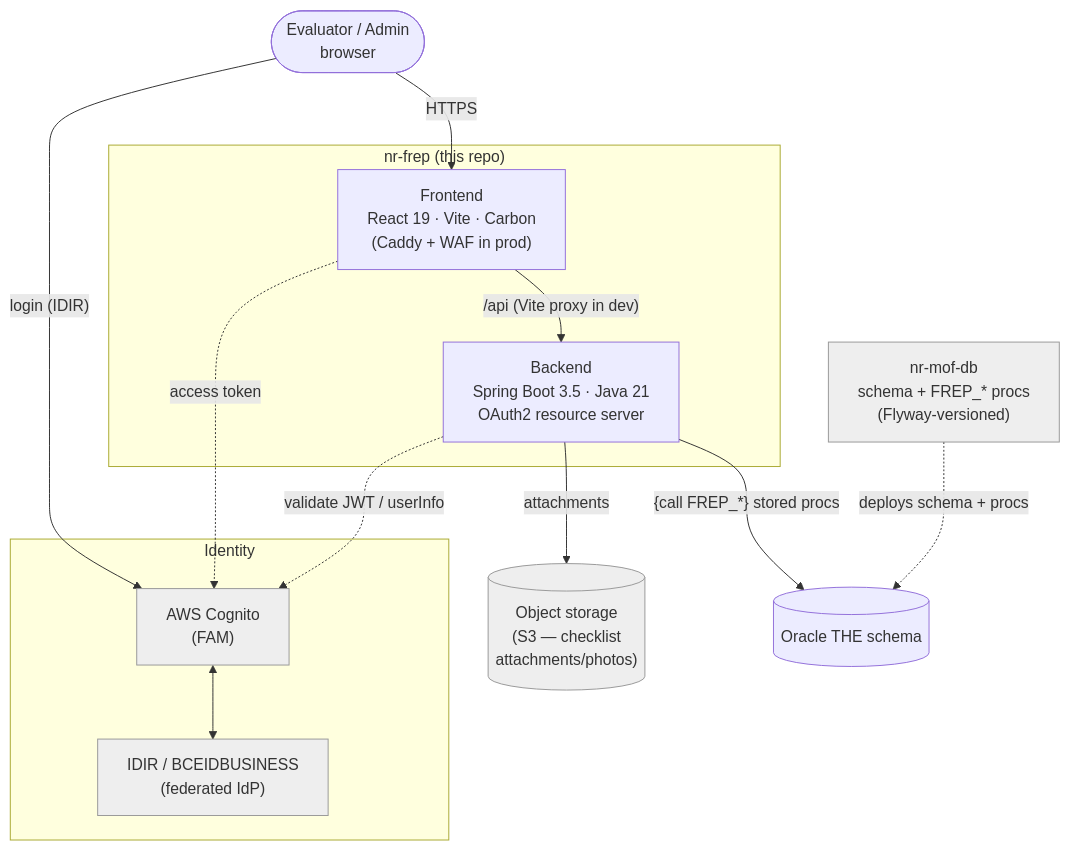
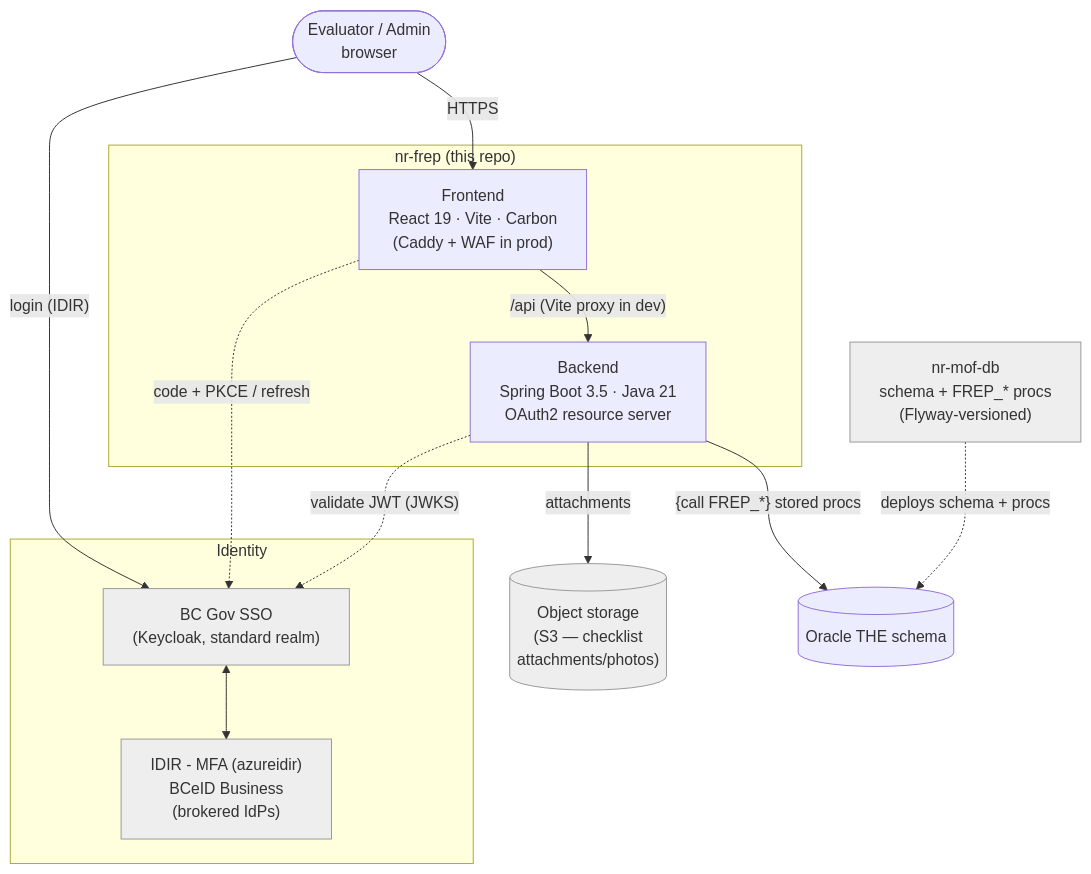
The diagram in docs/architecture.md (bcgov/nr-frep), drawn with Mermaid before and after one commit. The commit also changed other lines of this file and 93 other files, not shown here.

````diff
--- a/docs/architecture.md
+++ b/docs/architecture.md
@@ -31,31 +31,31 @@
 ```mermaid
 flowchart TB
     user([Evaluator / Admin<br/>browser])
 
     subgraph auth["Identity"]
-        cognito["AWS Cognito<br/>(FAM)"]
-        idir["IDIR / BCEIDBUSINESS<br/>(federated IdP)"]
-        cognito <--> idir
+        kc["BC Gov SSO<br/>(Keycloak, standard realm)"]
+        idir["IDIR - MFA (azureidir)<br/>BCeID Business<br/>(brokered IdPs)"]
+        kc <--> idir
     end
 
     subgraph app["nr-frep (this repo)"]
         fe["Frontend<br/>React 19 · Vite · Carbon<br/>(Caddy + WAF in prod)"]
         be["Backend<br/>Spring Boot 3.5 · Java 21<br/>OAuth2 resource server"]
     end
 
     s3[("Object storage<br/>(S3 — checklist<br/>attachments/photos)")]
     db[("Oracle THE schema")]
     mofdb["nr-mof-db<br/>schema + FREP_* procs<br/>(Flyway-versioned)"]
 
-    user -->|"login (IDIR)"| cognito
+    user -->|"login (IDIR)"| kc
     user -->|HTTPS| fe
     fe -->|"/api  (Vite proxy in dev)"| be
-    fe -.->|"access token"| cognito
-    be -.->|"validate JWT / userInfo"| cognito
+    fe -.->|"code + PKCE / refresh"| kc
+    be -.->|"validate JWT (JWKS)"| kc
     be -->|"{call FREP_*} stored procs"| db
     be -->|attachments| s3
     mofdb -.->|"deploys schema + procs"| db
 
     classDef ext fill:#eee,stroke:#999,color:#333;
-    class cognito,idir,mofdb,s3 ext;
+    class kc,idir,mofdb,s3 ext;
 ```
````
